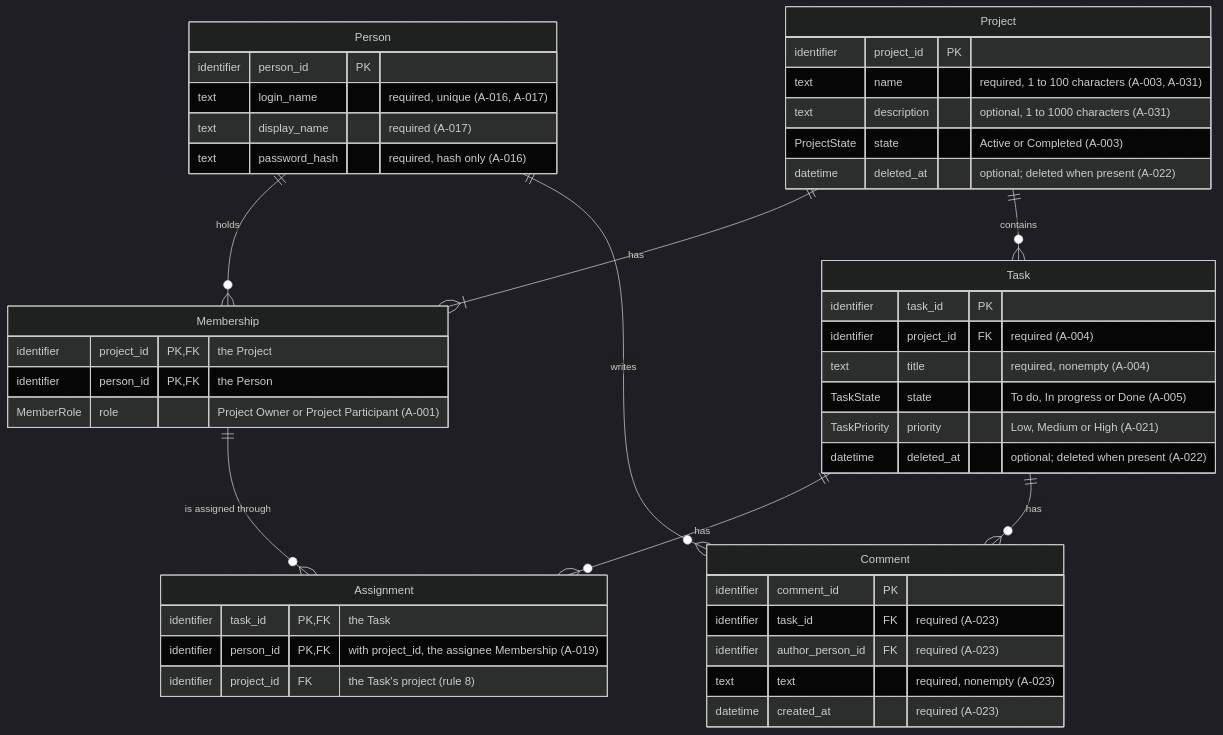
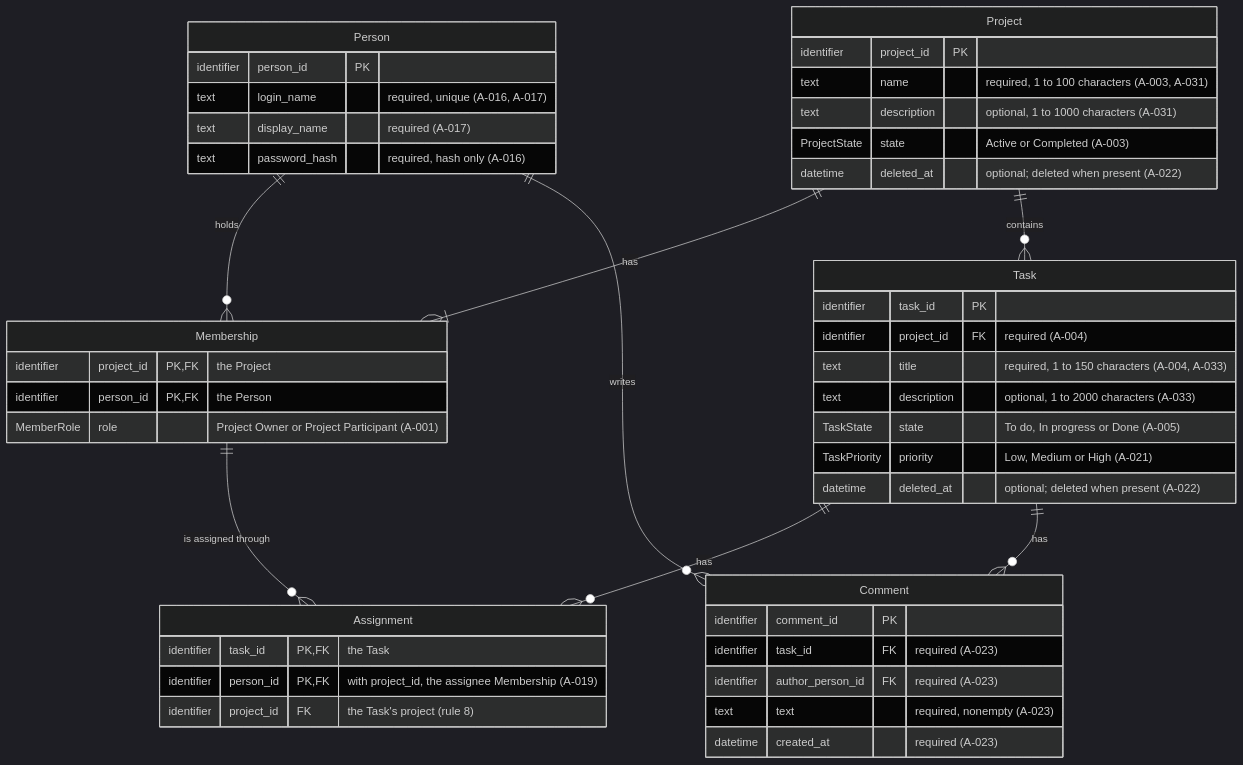
One commit to pedropires-ppb/matriz-ai-workshop changed the diagram in docs/database.md. Above: the diagram before and after it, drawn with Mermaid (dark theme). The commit also changed other lines of this file and 79 other files, not shown here.

````diff
--- a/docs/database.md
+++ b/docs/database.md
@@ -43,49 +43,50 @@
 ```mermaid
 erDiagram
     Person ||--o{ Membership : "holds"
     Project ||--|{ Membership : "has"
     Project ||--o{ Task : "contains"
     Task ||--o{ Assignment : "has"
     Membership ||--o{ Assignment : "is assigned through"
     Task ||--o{ Comment : "has"
     Person ||--o{ Comment : "writes"
 
     Person {
         identifier person_id PK
         text login_name "required, unique (A-016, A-017)"
         text display_name "required (A-017)"
         text password_hash "required, hash only (A-016)"
     }
     Project {
         identifier project_id PK
         text name "required, 1 to 100 characters (A-003, A-031)"
         text description "optional, 1 to 1000 characters (A-031)"
         ProjectState state "Active or Completed (A-003)"
         datetime deleted_at "optional; deleted when present (A-022)"
     }
     Membership {
         identifier project_id PK, FK "the Project"
         identifier person_id PK, FK "the Person"
         MemberRole role "Project Owner or Project Participant (A-001)"
     }
     Task {
         identifier task_id PK
         identifier project_id FK "required (A-004)"
-        text title "required, nonempty (A-004)"
+        text title "required, 1 to 150 characters (A-004, A-033)"
+        text description "optional, 1 to 2000 characters (A-033)"
         TaskState state "To do, In progress or Done (A-005)"
         TaskPriority priority "Low, Medium or High (A-021)"
         datetime deleted_at "optional; deleted when present (A-022)"
     }
     Assignment {
         identifier task_id PK, FK "the Task"
         identifier person_id PK, FK "with project_id, the assignee Membership (A-019)"
         identifier project_id FK "the Task's project (rule 8)"
     }
     Comment {
         identifier comment_id PK
         identifier task_id FK "required (A-023)"
         identifier author_person_id FK "required (A-023)"
         text text "required, nonempty (A-023)"
         datetime created_at "required (A-023)"
     }
 ```
````
